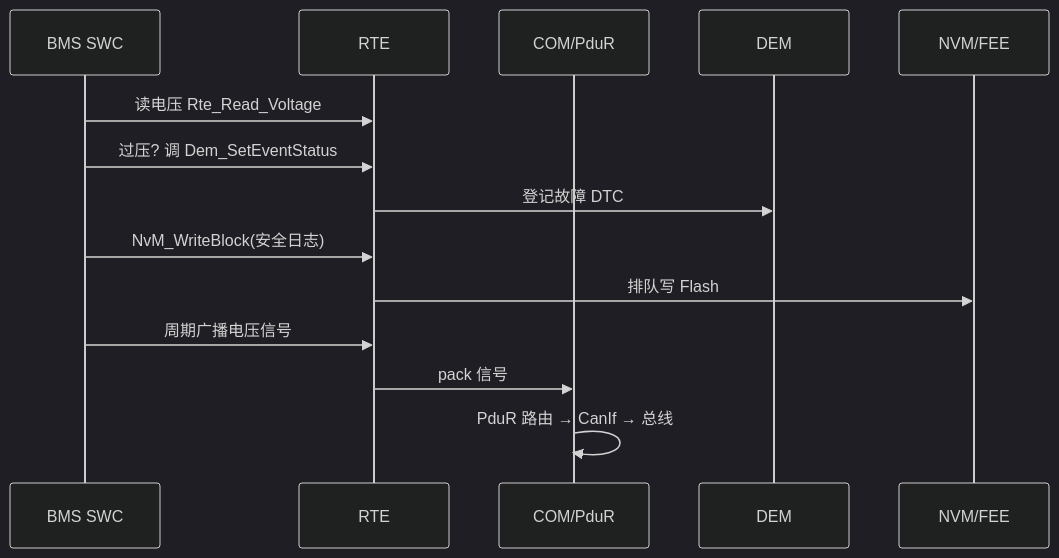
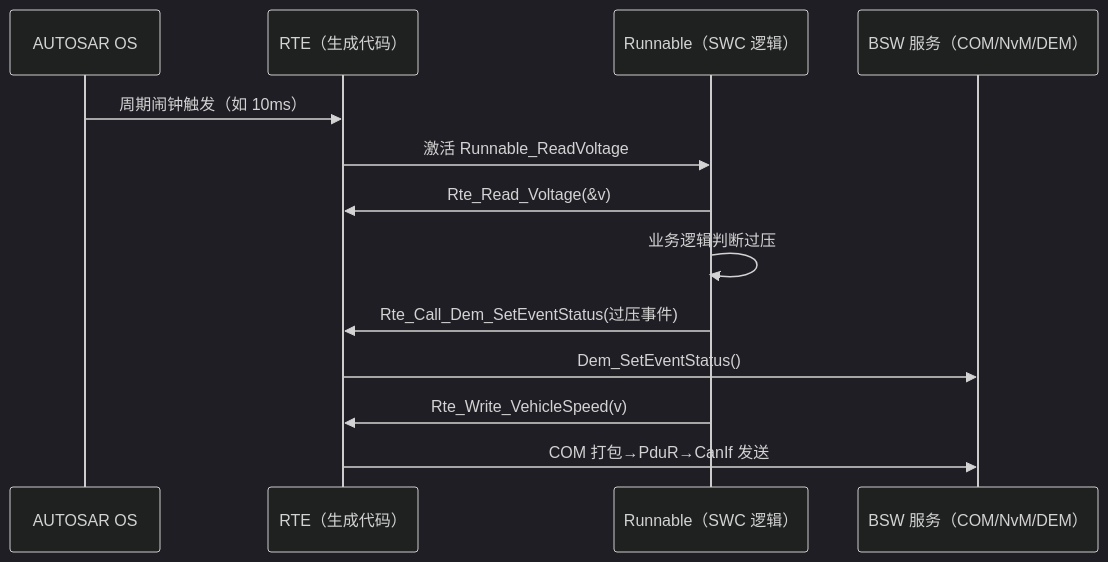
The eighth of 10 diagrams in articles/15-autosar-arch.md (1208826038/embedded-skill-notes), drawn with Mermaid (dark theme) before and after one commit. The commit also changed other lines of this file, not shown here.

````diff
--- a/articles/15-autosar-arch.md
+++ b/articles/15-autosar-arch.md
@@ -108,16 +856,15 @@
 ```mermaid
 sequenceDiagram
-    participant SWC as BMS SWC
-    participant RTE as RTE
-    participant COM as COM/PduR
-    participant DEM as DEM
-    participant NVM as NVM/FEE
-    SWC->>RTE: 读电压 Rte_Read_Voltage
-    SWC->>RTE: 过压? 调 Dem_SetEventStatus
-    RTE->>DEM: 登记故障 DTC
-    SWC->>RTE: NvM_WriteBlock(安全日志)
-    RTE->>NVM: 排队写 Flash
-    SWC->>RTE: 周期广播电压信号
-    RTE->>COM: pack 信号
-    COM->>COM: PduR 路由 → CanIf → 总线
+    participant OS as AUTOSAR OS
+    participant RTE as RTE（生成代码）
+    participant RUN as Runnable（SWC 逻辑）
+    participant BSW as BSW 服务（COM/NvM/DEM）
+    OS->>RTE: 周期闹钟触发（如 10ms）
+    RTE->>RUN: 激活 Runnable_ReadVoltage
+    RUN->>RTE: Rte_Read_Voltage(&v)
+    RUN->>RUN: 业务逻辑判断过压
+    RUN->>RTE: Rte_Call_Dem_SetEventStatus(过压事件)
+    RTE->>BSW: Dem_SetEventStatus()
+    RUN->>RTE: Rte_Write_VehicleSpeed(v)
+    RTE->>BSW: COM 打包→PduR→CanIf 发送
 ```
````
